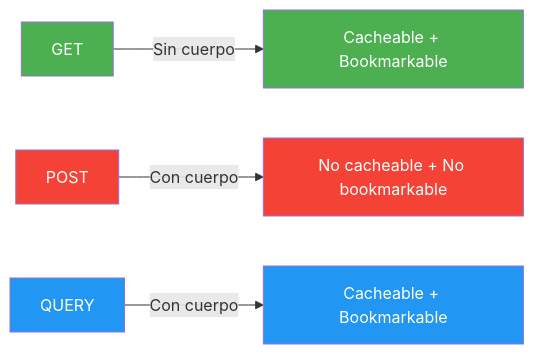
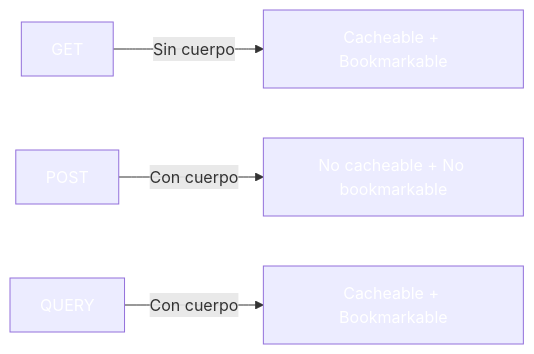
The ninth of 11 diagrams in 08-dtos-mapeadores-validaciones.md (joseluisgs/DesarrolloWebEntornosServidor-02-2026-2027), drawn with Mermaid before and after one commit. The commit also changed other lines of this file and 41 other files, not shown here.

````diff
--- a/08-dtos-mapeadores-validaciones.md
+++ b/08-dtos-mapeadores-validaciones.md
@@ -1015,12 +1015,12 @@
 ```mermaid
 graph LR
     GET[GET] -->|Sin cuerpo| Cacheable[Cacheable + Bookmarkable]
     POST[POST] -->|Con cuerpo| NoCacheable[No cacheable + No bookmarkable]
     QUERY[QUERY] -->|Con cuerpo| Híbrido[Cacheable + Bookmarkable]
-    style GET fill:#4CAF50,color:#fff
-    style POST fill:#f44336,color:#fff
-    style QUERY fill:#2196F3,color:#fff
-    style Cacheable fill:#4CAF50,color:#fff
-    style NoCacheable fill:#f44336,color:#fff
-    style Híbrido fill:#2196F3,color:#fff
+    style GET fill:#4CAF5,color:#fff0,color:#fff
+    style POST fill:#f4433,color:#fff6,color:#fff
+    style QUERY fill:#2196F,color:#fff3,color:#fff
+    style Cacheable fill:#4CAF5,color:#fff0,color:#fff
+    style NoCacheable fill:#f4433,color:#fff6,color:#fff
+    style Híbrido fill:#2196F,color:#fff3,color:#fff
 ```
````
